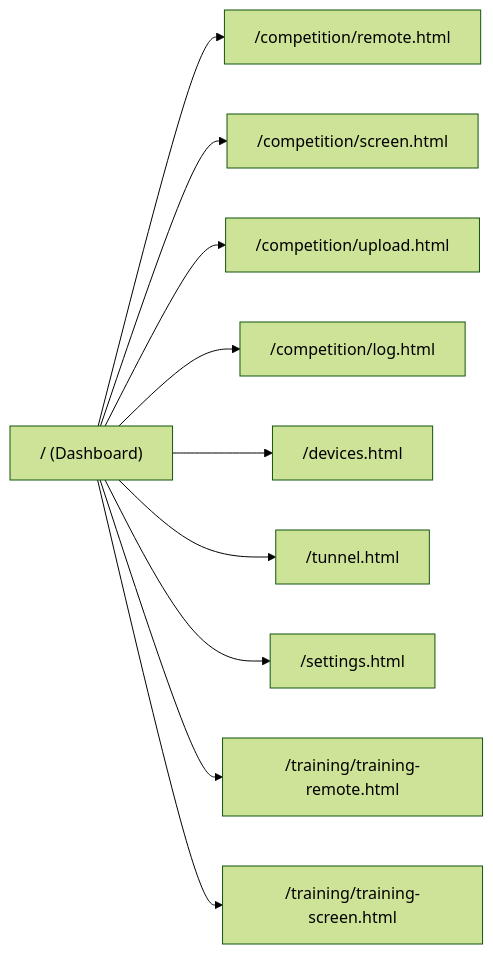
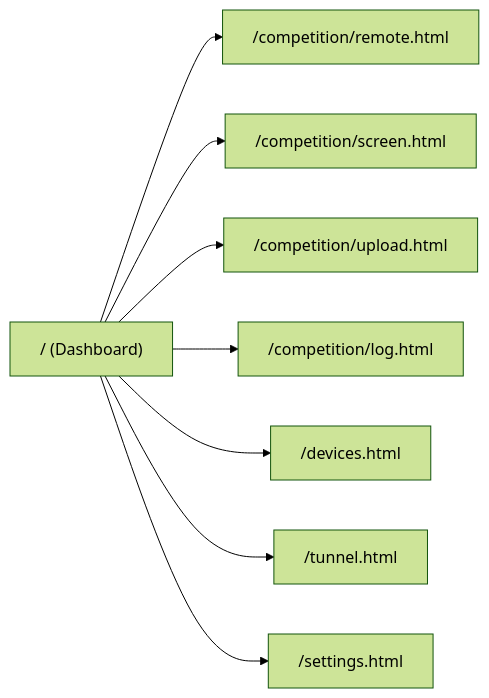
Before and after one commit to spelbreker/ws-swim-stopwatch: the first of 2 diagrams in docs/frontend.md, drawn with Mermaid (forest theme). The commit also changed other lines of this file and 9 other files, not shown here.

````diff
--- a/docs/frontend.md
+++ b/docs/frontend.md
@@ -25,13 +25,11 @@
 ```mermaid
 graph LR
     Index["/ (Dashboard)"]
     Index --> Remote["/competition/remote.html"]
     Index --> Screen["/competition/screen.html"]
     Index --> Upload["/competition/upload.html"]
     Index --> Log["/competition/log.html"]
     Index --> Devices["/devices.html"]
     Index --> Tunnel["/tunnel.html"]
     Index --> Settings["/settings.html"]
-    Index --> TrainRemote["/training/training-remote.html"]
-    Index --> TrainScreen["/training/training-screen.html"]
 ```
````
